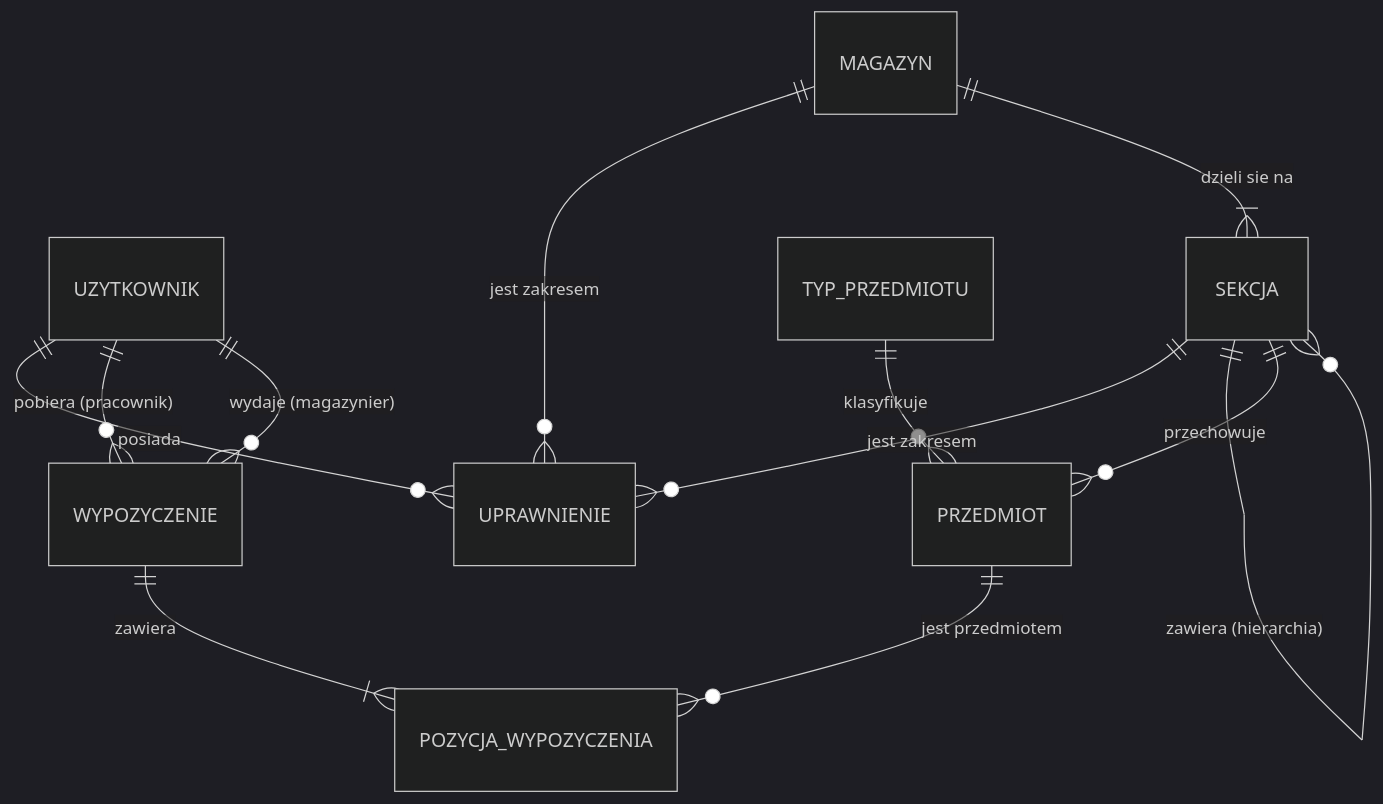
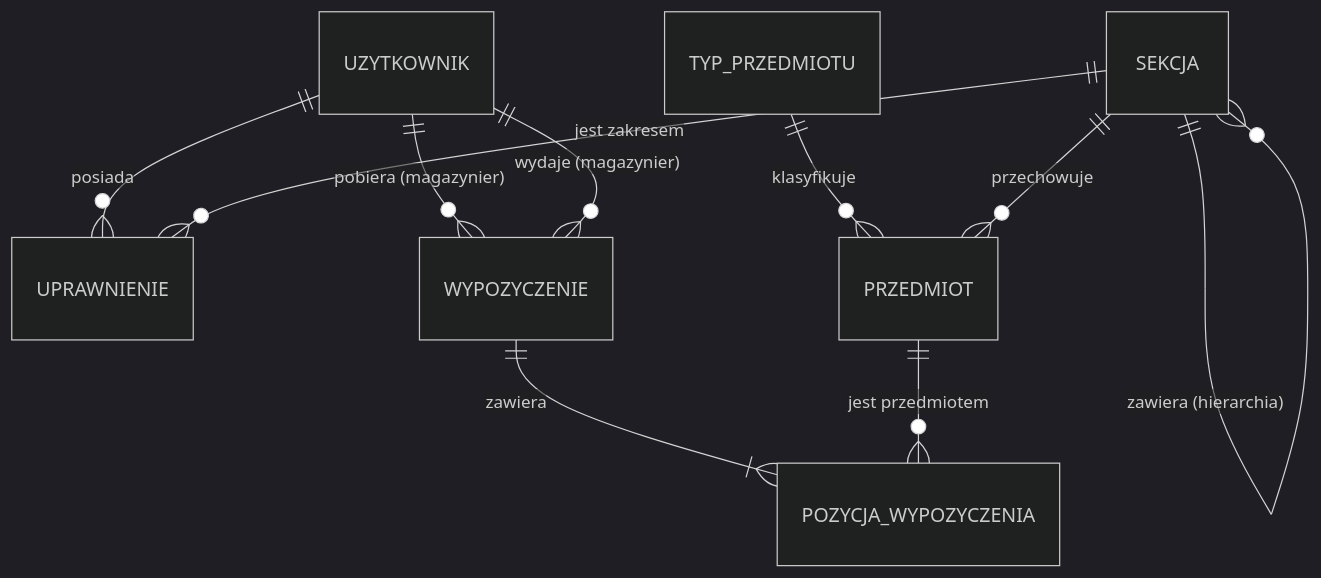
One commit to GOLDER303/magazynownik changed the diagram in model/conceptual.md. Above: the diagram before and after it, drawn with Mermaid (dark theme). The commit also changed 1 other file, not shown here.

Commit message:
feat: Simplify schemat - delete warehouse

````diff
--- a/model/conceptual.md
+++ b/model/conceptual.md
@@ -1,17 +1,14 @@
 ```mermaid
 erDiagram
     UZYTKOWNIK            ||--o{ UPRAWNIENIE          : "posiada"
-    MAGAZYN               ||--o{ UPRAWNIENIE          : "jest zakresem"
     SEKCJA                ||--o{ UPRAWNIENIE          : "jest zakresem"
-
-    MAGAZYN               ||--|{ SEKCJA               : "dzieli sie na"
     SEKCJA                ||--o{ SEKCJA               : "zawiera (hierarchia)"
 
     TYP_PRZEDMIOTU        ||--o{ PRZEDMIOT            : "klasyfikuje"
     SEKCJA                ||--o{ PRZEDMIOT            : "przechowuje"
 
-    UZYTKOWNIK            ||--o{ WYPOZYCZENIE         : "pobiera (pracownik)"
+    UZYTKOWNIK            ||--o{ WYPOZYCZENIE         : "pobiera (magazynier)"
     UZYTKOWNIK            ||--o{ WYPOZYCZENIE         : "wydaje (magazynier)"
     WYPOZYCZENIE          ||--|{ POZYCJA_WYPOZYCZENIA : "zawiera"
     PRZEDMIOT             ||--o{ POZYCJA_WYPOZYCZENIA : "jest przedmiotem"
 ```
````
